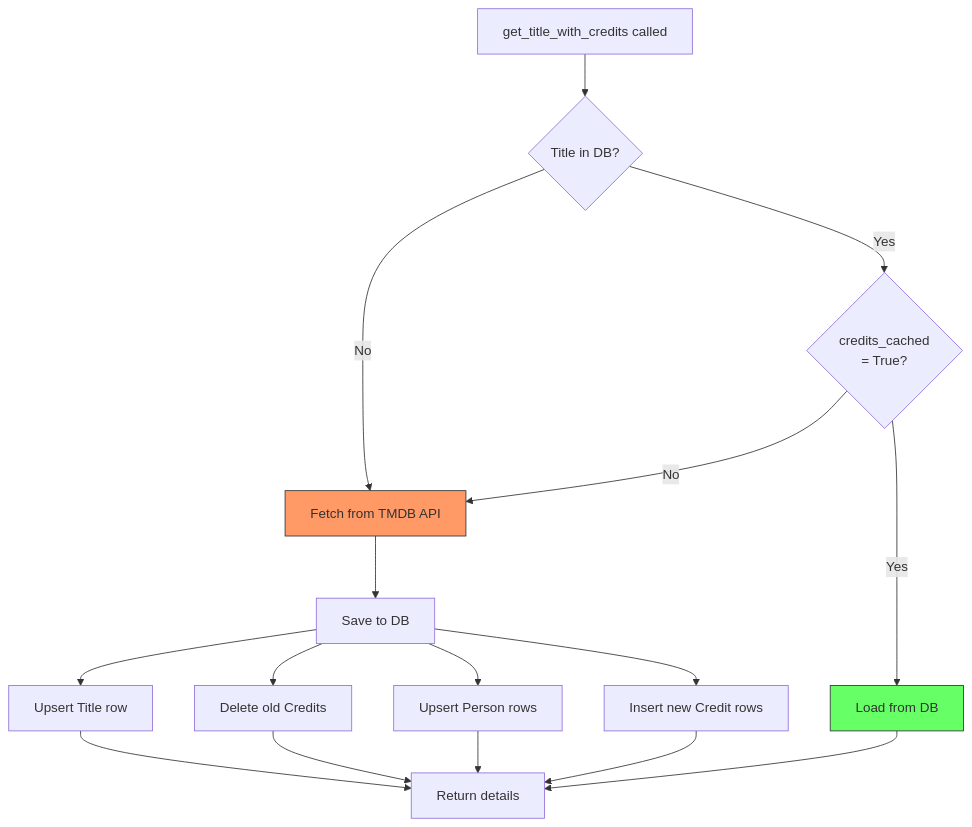
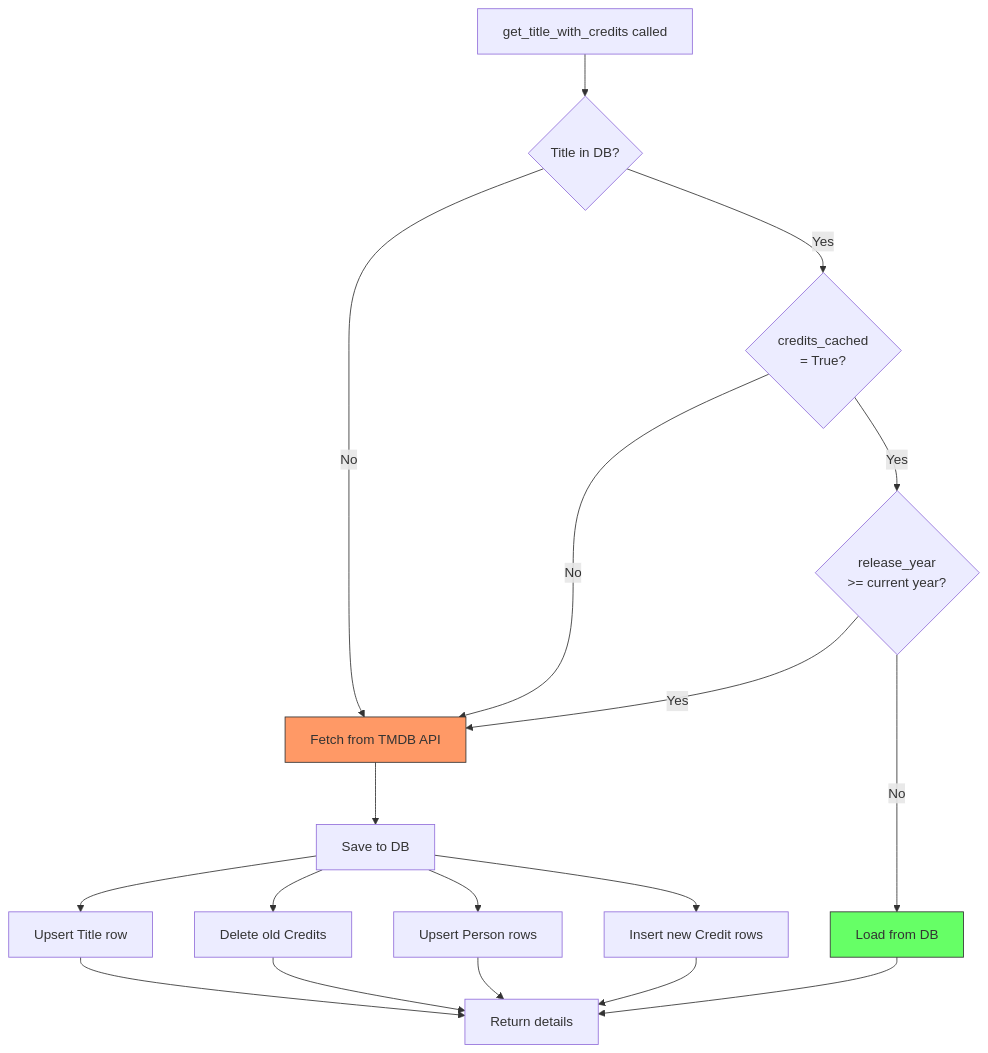
One commit to pixelperfect3/samecast changed the fourth of 11 diagrams in ARCHITECTURE.md. Above: the diagram before and after it, drawn with Mermaid. The commit also changed other lines of this file and 2 other files, not shown here.

Commit message:
Auto-refresh cache for current/future year titles
Titles with release_year >= current year always re-fetch from TMDB,
since their credits may be incomplete before release. Older titles
remain permanently cached. Also adds `flask cache refresh <id>` CLI
command as a manual escape hatch.

````diff
--- a/ARCHITECTURE.md
+++ b/ARCHITECTURE.md
@@ -213,19 +213,21 @@
 ```mermaid
 flowchart TD
     A[get_title_with_credits called] --> B{Title in DB?}
     B -->|No| D[Fetch from TMDB API]
     B -->|Yes| C{credits_cached<br/>= True?}
     C -->|No| D
-    C -->|Yes| F[Load from DB]
+    C -->|Yes| E{release_year<br/>>= current year?}
+    E -->|Yes| D[Fetch from TMDB API]
+    E -->|No| F[Load from DB]
 
     D --> G[Save to DB]
     G --> H[Upsert Title row]
     G --> I[Delete old Credits]
     G --> J[Upsert Person rows]
     G --> K[Insert new Credit rows]
     H & I & J & K --> L[Return details]
     F --> L
 
     style D fill:#f96,stroke:#333
     style F fill:#6f6,stroke:#333
 ```
````
